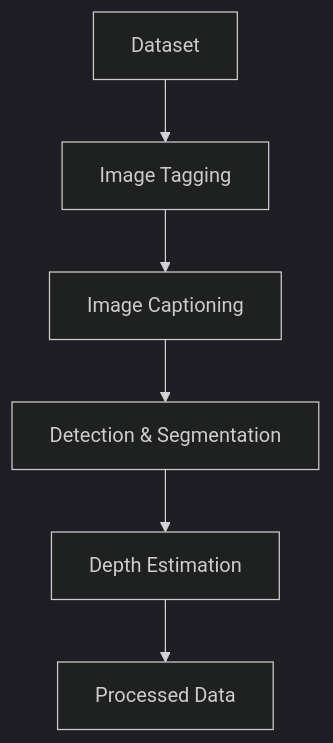
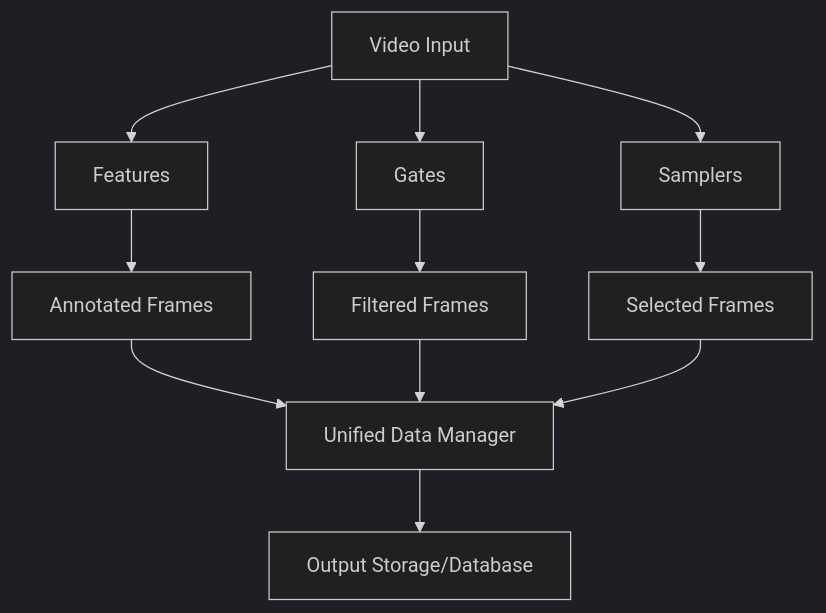
Before and after one commit to VitaDynamics/cortexia_video: the diagram in README.md, drawn with Mermaid (dark theme). The commit also changed other lines of this file and 1 other file, not shown here.

First line of the commit message:
docs: Update documentation with new SDK architecture and guidelines

````diff
--- a/README.md
+++ b/README.md
@@ -16,8 +17,13 @@
 ```mermaid
 graph TD
-    A[Dataset] --> B[Image Tagging]
-    B --> C[Image Captioning]
-    C --> D[Detection & Segmentation]
-    D --> E[Depth Estimation]
-    E --> F[Processed Data]
+    A[Video Input] --> B[Features]
+    A --> C[Gates]
+    A --> D[Samplers]
+    B --> E[Annotated Frames]
+    C --> F[Filtered Frames]
+    D --> G[Selected Frames]
+    E --> H[Unified Data Manager]
+    F --> H
+    G --> H
+    H --> I[Output Storage/Database]
 ```
````
